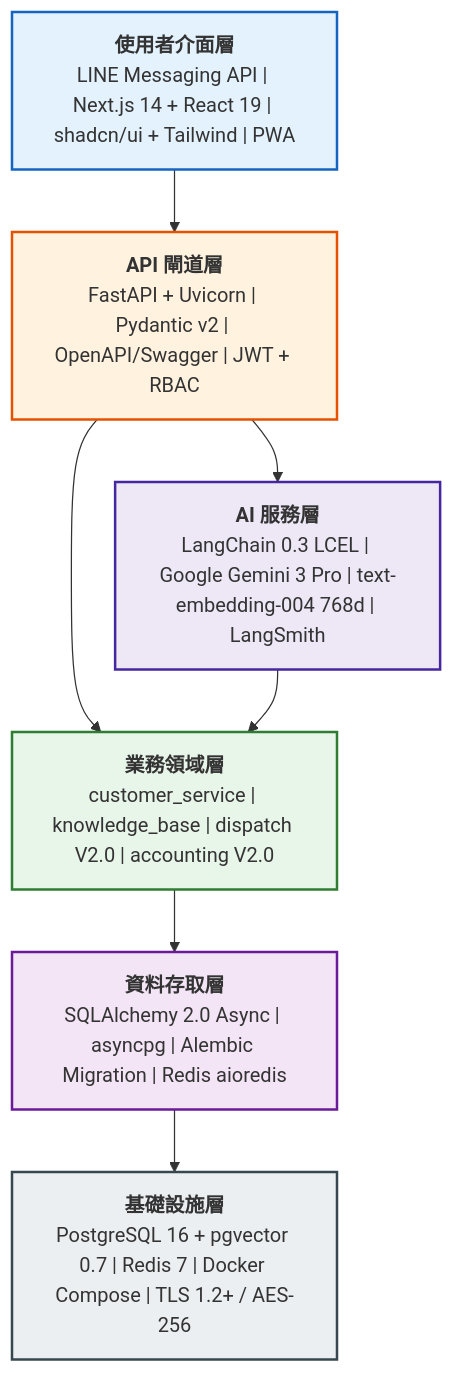
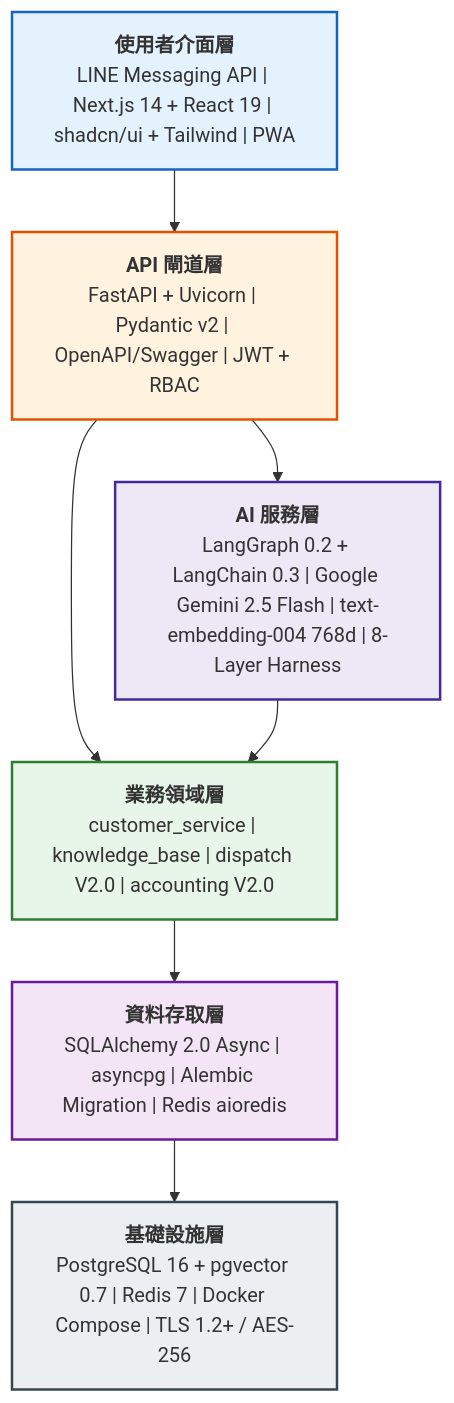
Before and after one commit to sunnyDataScience/Smart-Lock_AI_Support_Service_Dispatch_SaaS_Platform: the first of 2 diagrams in docs/project-docs/executive_architecture_overview.md, drawn with Mermaid. The commit also changed other lines of this file and 22 other files, not shown here.

````diff
--- a/docs/project-docs/executive_architecture_overview.md
+++ b/docs/project-docs/executive_architecture_overview.md
@@ -9,29 +11,29 @@
 ```mermaid
 graph TB
     L1["<b>使用者介面層</b><br/>LINE Messaging API | Next.js 14 + React 19 | shadcn/ui + Tailwind | PWA"]
     L2["<b>API 閘道層</b><br/>FastAPI + Uvicorn | Pydantic v2 | OpenAPI/Swagger | JWT + RBAC"]
-    L3["<b>AI 服務層</b><br/>LangChain 0.3 LCEL | Google Gemini 3 Pro | text-embedding-004 768d | LangSmith"]
+    L3["<b>AI 服務層</b><br/>LangGraph 0.2 + LangChain 0.3 | Google Gemini 2.5 Flash | text-embedding-004 768d | 8-Layer Harness"]
     L4["<b>業務領域層</b><br/>customer_service | knowledge_base | dispatch V2.0 | accounting V2.0"]
     L5["<b>資料存取層</b><br/>SQLAlchemy 2.0 Async | asyncpg | Alembic Migration | Redis aioredis"]
     L6["<b>基礎設施層</b><br/>PostgreSQL 16 + pgvector 0.7 | Redis 7 | Docker Compose | TLS 1.2+ / AES-256"]
 
     L1 --> L2
     L2 --> L3
     L2 --> L4
     L3 --> L4
     L4 --> L5
     L5 --> L6
 
     classDef s1 fill:#E3F2FD,stroke:#1565C0,stroke-width:2px
     classDef s2 fill:#FFF3E0,stroke:#E65100,stroke-width:2px
     classDef s3 fill:#EDE7F6,stroke:#4527A0,stroke-width:2px
     classDef s4 fill:#E8F5E9,stroke:#2E7D32,stroke-width:2px
     classDef s5 fill:#F3E5F5,stroke:#6A1B9A,stroke-width:2px
     classDef s6 fill:#ECEFF1,stroke:#37474F,stroke-width:2px
     class L1 s1
     class L2 s2
     class L3 s3
     class L4 s4
     class L5 s5
     class L6 s6
 ```
````
